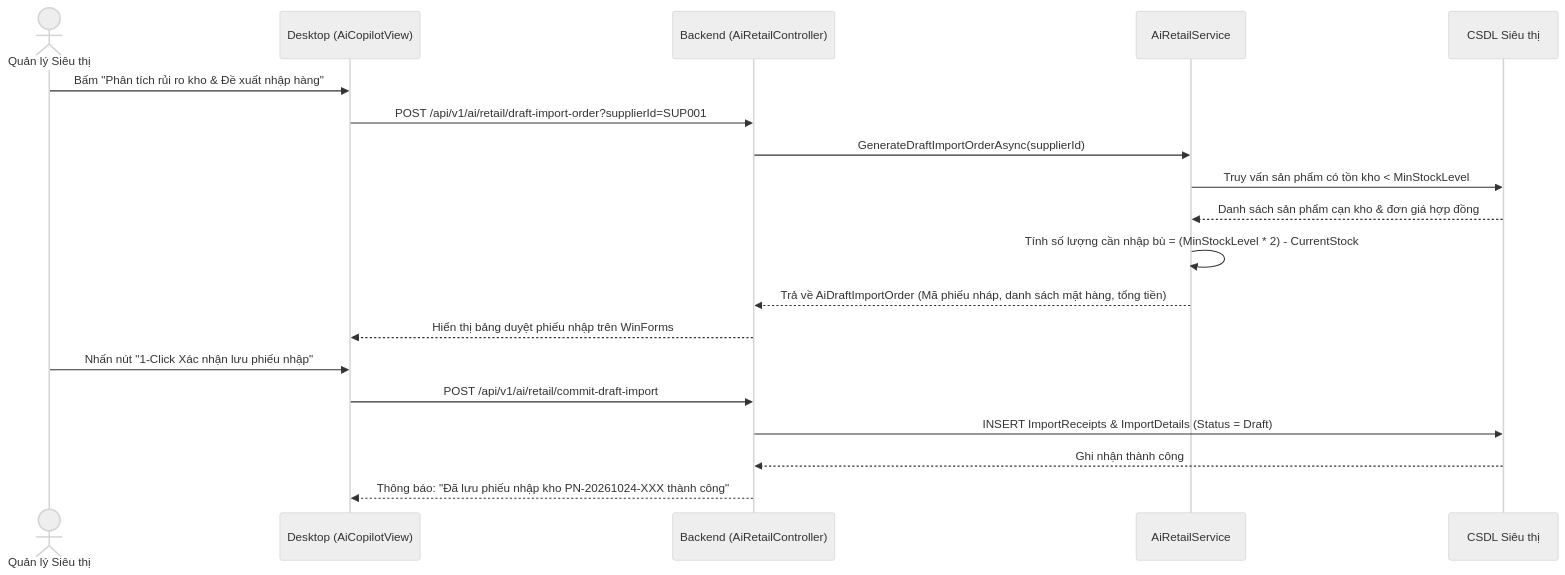
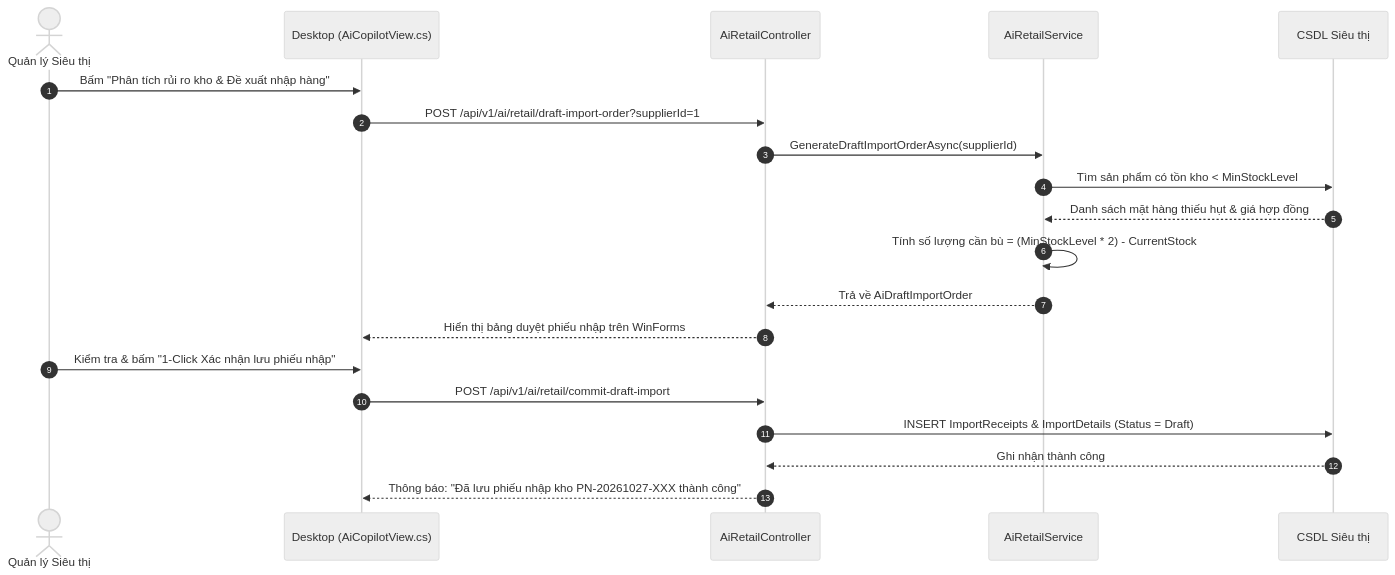
The third of 4 diagrams in docs/10_AI/06_Workflow.md (huykhang666/smart-supermarket), drawn with Mermaid (neutral theme) before and after one commit. The commit also changed other lines of this file and 10 other files, not shown here.

````diff
--- a/docs/10_AI/06_Workflow.md
+++ b/docs/10_AI/06_Workflow.md
@@ -66,22 +72,23 @@
 ```mermaid
 sequenceDiagram
+    autonumber
     actor Manager as Quản lý Siêu thị
-    participant WinForms as Desktop (AiCopilotView)
-    participant API as Backend (AiRetailController)
+    participant WinForms as Desktop (AiCopilotView.cs)
+    participant API as AiRetailController
     participant Svc as AiRetailService
     participant DB as CSDL Siêu thị
 
     Manager->>WinForms: Bấm "Phân tích rủi ro kho & Đề xuất nhập hàng"
-    WinForms->>API: POST /api/v1/ai/retail/draft-import-order?supplierId=SUP001
+    WinForms->>API: POST /api/v1/ai/retail/draft-import-order?supplierId=1
     API->>Svc: GenerateDraftImportOrderAsync(supplierId)
-    Svc->>DB: Truy vấn sản phẩm có tồn kho < MinStockLevel
-    DB-->>Svc: Danh sách sản phẩm cạn kho & đơn giá hợp đồng
-    Svc->>Svc: Tính số lượng cần nhập bù = (MinStockLevel * 2) - CurrentStock
-    Svc-->>API: Trả về AiDraftImportOrder (Mã phiếu nháp, danh sách mặt hàng, tổng tiền)
+    Svc->>DB: Tìm sản phẩm có tồn kho < MinStockLevel
+    DB-->>Svc: Danh sách mặt hàng thiếu hụt & giá hợp đồng
+    Svc->>Svc: Tính số lượng cần bù = (MinStockLevel * 2) - CurrentStock
+    Svc-->>API: Trả về AiDraftImportOrder
     API-->>WinForms: Hiển thị bảng duyệt phiếu nhập trên WinForms
-    Manager->>WinForms: Nhấn nút "1-Click Xác nhận lưu phiếu nhập"
+    Manager->>WinForms: Kiểm tra & bấm "1-Click Xác nhận lưu phiếu nhập"
     WinForms->>API: POST /api/v1/ai/retail/commit-draft-import
     API->>DB: INSERT ImportReceipts & ImportDetails (Status = Draft)
     DB-->>API: Ghi nhận thành công
-    API-->>WinForms: Thông báo: "Đã lưu phiếu nhập kho PN-20261024-XXX thành công"
+    API-->>WinForms: Thông báo: "Đã lưu phiếu nhập kho PN-20261027-XXX thành công"
 ```
````
